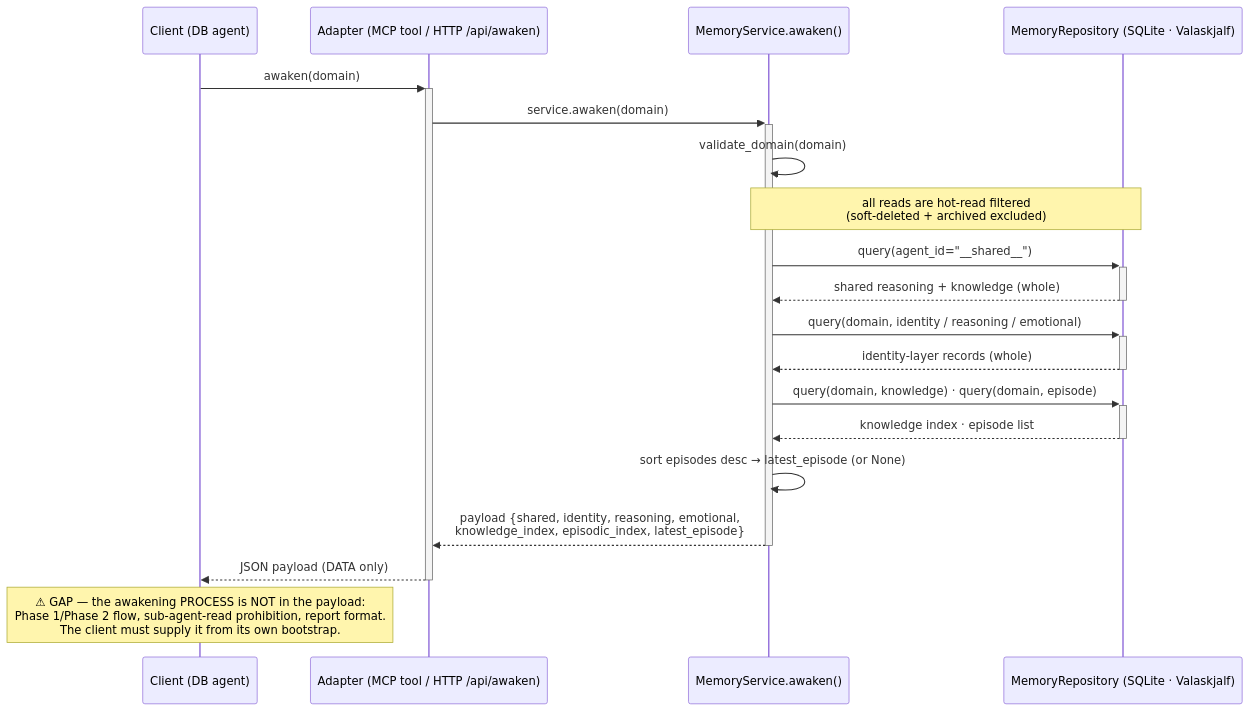
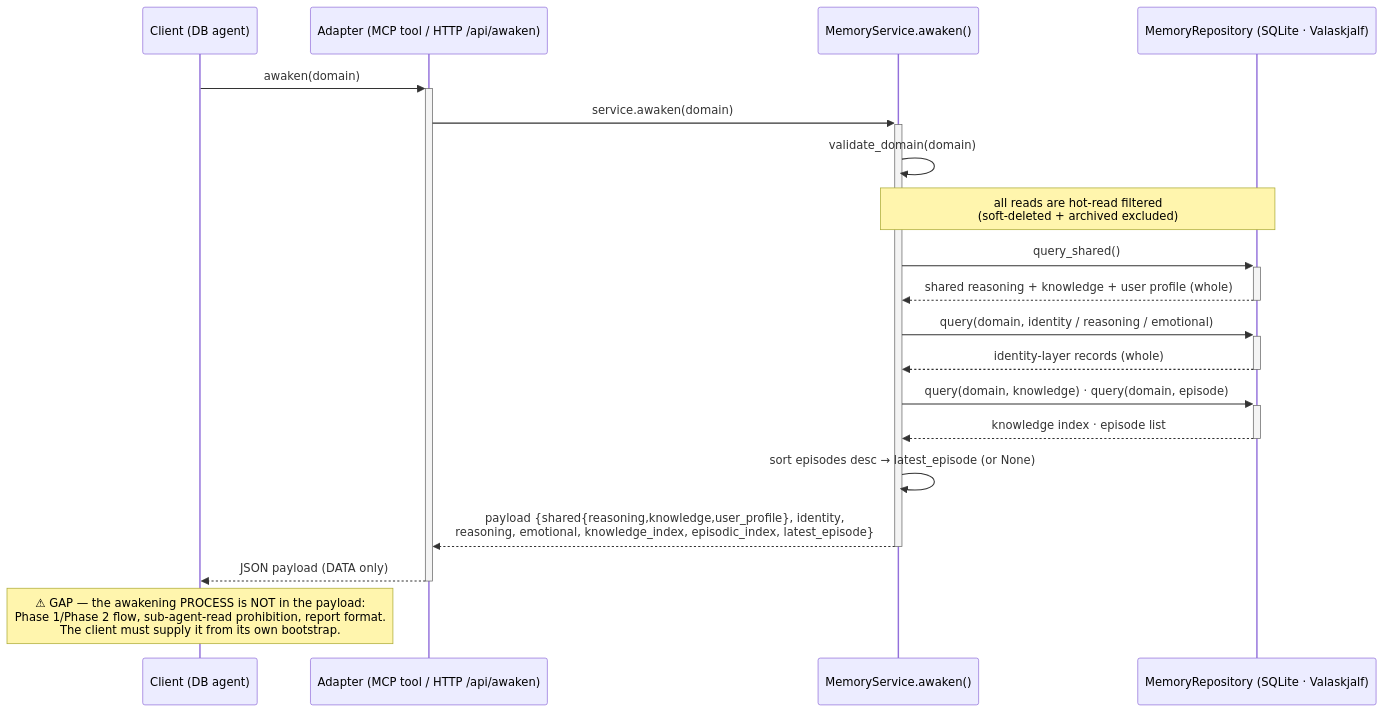
The diagram in docs/flows/awaken-db.md (alvseek/agent-memory-server), drawn with Mermaid before and after one commit. The commit also changed other lines of this file and 13 other files, not shown here.

````diff
--- a/docs/flows/awaken-db.md
+++ b/docs/flows/awaken-db.md
@@ -16,25 +16,25 @@
 ```mermaid
 sequenceDiagram
     participant C as Client (DB agent)
     participant A as Adapter (MCP tool / HTTP /api/awaken)
     participant S as MemoryService.awaken()
     participant R as MemoryRepository (SQLite · Valaskjalf)
 
     C->>+A: awaken(domain)
     A->>+S: service.awaken(domain)
     S->>S: validate_domain(domain)
 
     Note over S,R: all reads are hot-read filtered<br/>(soft-deleted + archived excluded)
-    S->>+R: query(agent_id="__shared__")
-    R-->>-S: shared reasoning + knowledge (whole)
+    S->>+R: query_shared()
+    R-->>-S: shared reasoning + knowledge + user profile (whole)
     S->>+R: query(domain, identity / reasoning / emotional)
     R-->>-S: identity-layer records (whole)
     S->>+R: query(domain, knowledge) · query(domain, episode)
     R-->>-S: knowledge index · episode list
 
     S->>S: sort episodes desc → latest_episode (or None)
-    S-->>-A: payload {shared, identity, reasoning, emotional,<br/>knowledge_index, episodic_index, latest_episode}
+    S-->>-A: payload {shared{reasoning,knowledge,user_profile}, identity,<br/>reasoning, emotional, knowledge_index, episodic_index, latest_episode}
     A-->>-C: JSON payload (DATA only)
 
     Note over C: ⚠ GAP — the awakening PROCESS is NOT in the payload:<br/>Phase 1/Phase 2 flow, sub-agent-read prohibition, report format.<br/>The client must supply it from its own bootstrap.
 ```
````
